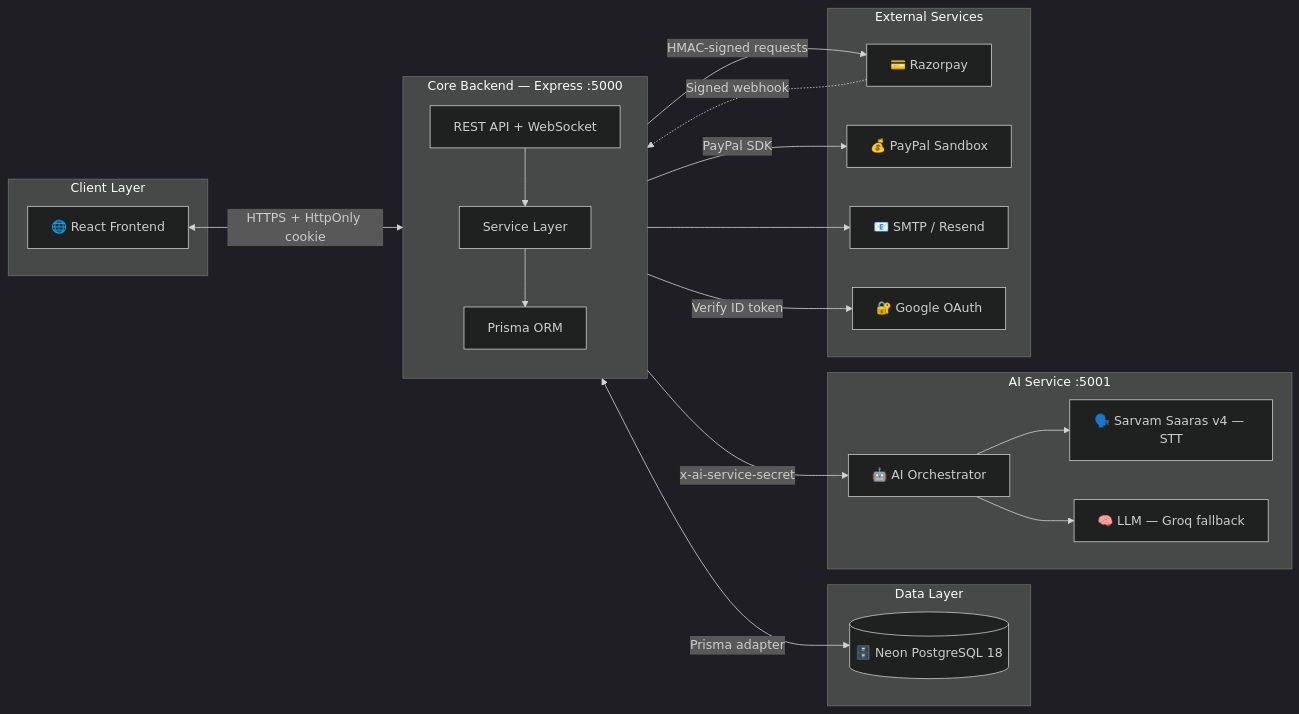
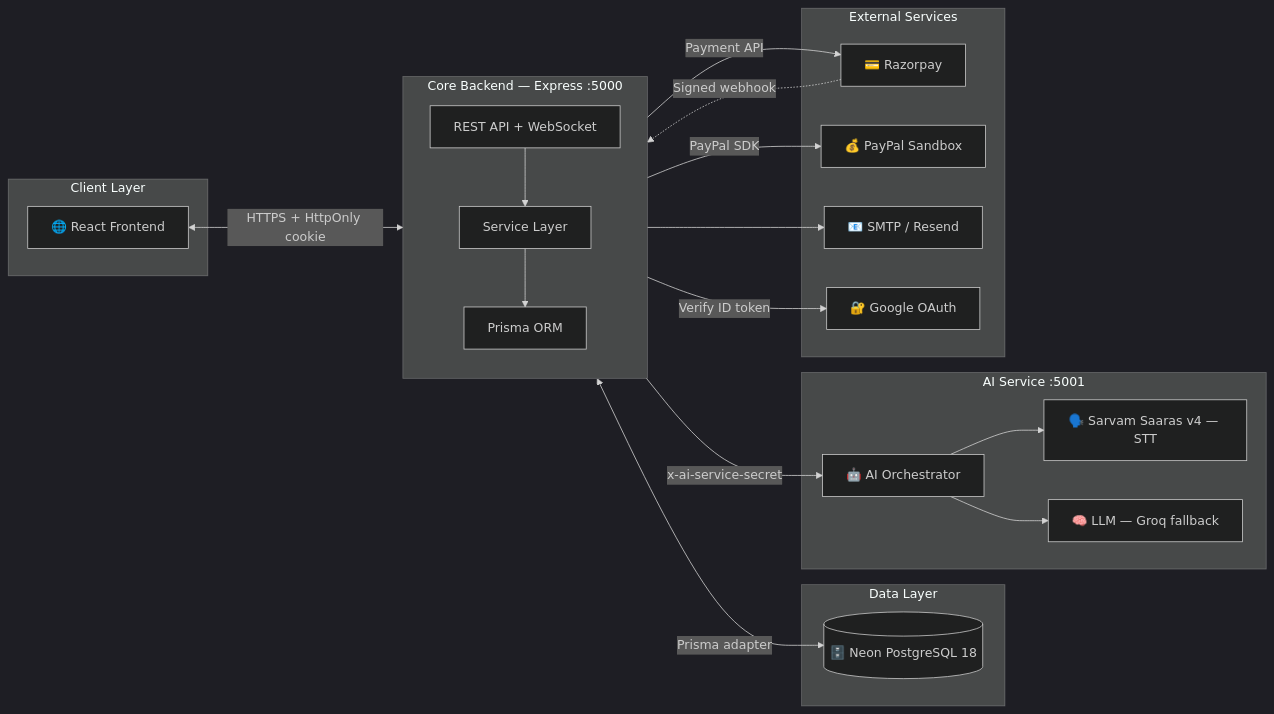
Before and after one commit to aryan24cse109-dev/Wealthra-ai: the first of 6 diagrams in README.md, drawn with Mermaid (dark theme). The commit also changed other lines of this file, not shown here.

````diff
--- a/README.md
+++ b/README.md
@@ -100,42 +168,42 @@
 ```mermaid
 flowchart LR
     subgraph Client["Client Layer"]
         FE["🌐 React Frontend"]
     end
 
     subgraph Core["Core Backend — Express :5000"]
         direction TB
         API["REST API + WebSocket"]
         SVC["Service Layer"]
         ORM["Prisma ORM"]
         API --> SVC --> ORM
     end
 
     subgraph Data["Data Layer"]
         DB[("🗄️ Neon PostgreSQL 18")]
     end
 
     subgraph AIL["AI Service :5001"]
         AI["🤖 AI Orchestrator"]
         STT["🗣️ Sarvam Saaras v4 — STT"]
         LLM["🧠 LLM — Groq fallback"]
         AI --> STT
         AI --> LLM
     end
 
     subgraph Ext["External Services"]
         RZP["💳 Razorpay"]
         PP["💰 PayPal Sandbox"]
         MAIL["📧 SMTP / Resend"]
         GOOG["🔐 Google OAuth"]
     end
 
     FE <-->|"HTTPS + HttpOnly cookie"| API
     ORM <-->|"Prisma adapter"| DB
     SVC -->|"x-ai-service-secret"| AI
-    SVC -->|"HMAC-signed requests"| RZP
+    SVC -->|"Payment API"| RZP
     RZP -.->|"Signed webhook"| API
     SVC -->|"PayPal SDK"| PP
     SVC --> MAIL
     API -->|"Verify ID token"| GOOG
 ```
````
